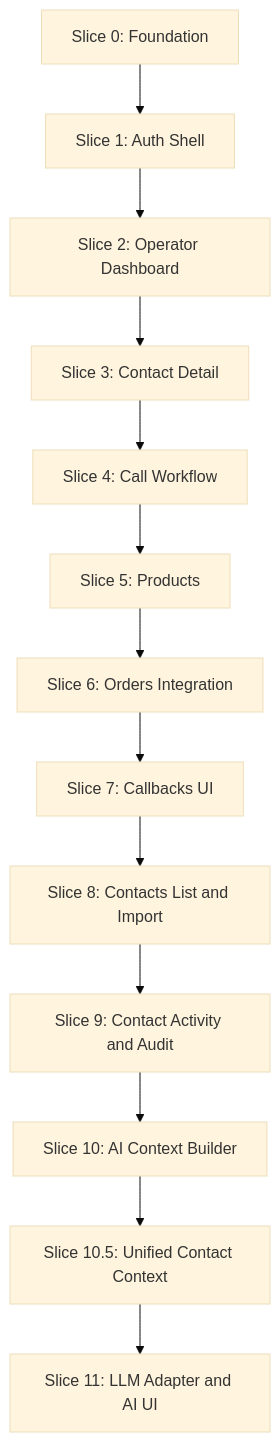
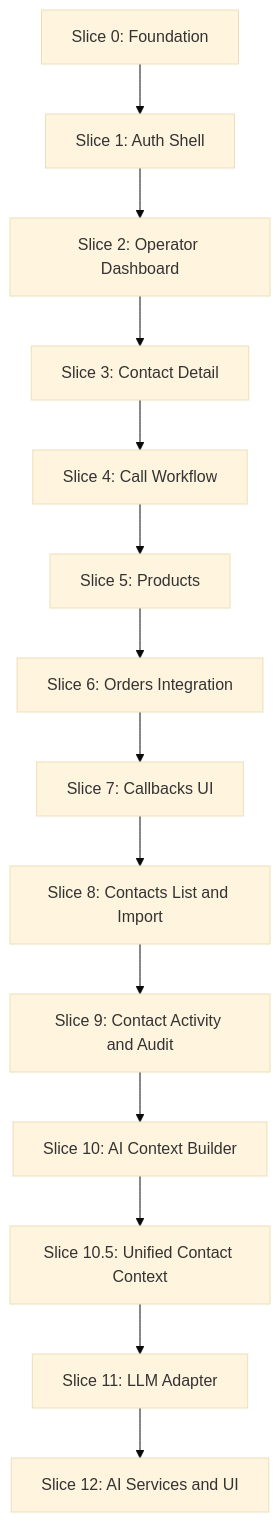
Before and after one commit to majkitostudio/velocity-crm: the diagram in docs/IMPLEMENTATION_SEQUENCE.md, drawn with Mermaid (base theme). The commit also changed other lines of this file and 42 other files, not shown here.

First line of the commit message:
feat(ai): add provider-agnostic LLM adapter infrastructure

````diff
--- a/docs/IMPLEMENTATION_SEQUENCE.md
+++ b/docs/IMPLEMENTATION_SEQUENCE.md
@@ -23,15 +23,16 @@
 ```mermaid
 flowchart TD
   S0[Slice 0: Foundation] --> S1[Slice 1: Auth Shell]
   S1 --> S2[Slice 2: Operator Dashboard]
   S2 --> S3[Slice 3: Contact Detail]
   S3 --> S4[Slice 4: Call Workflow]
   S4 --> S5[Slice 5: Products]
   S5 --> S6[Slice 6: Orders Integration]
   S6 --> S7[Slice 7: Callbacks UI]
   S7 --> S8[Slice 8: Contacts List and Import]
   S8 --> S9[Slice 9: Contact Activity and Audit]
   S9 --> S10[Slice 10: AI Context Builder]
   S10 --> S105[Slice 10.5: Unified Contact Context]
-  S105 --> S11[Slice 11: LLM Adapter and AI UI]
+  S105 --> S11[Slice 11: LLM Adapter]
+  S11 --> S12[Slice 12: AI Services and UI]
 ```
````
